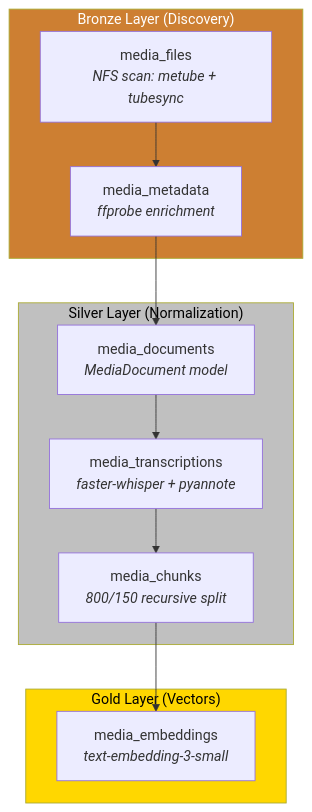
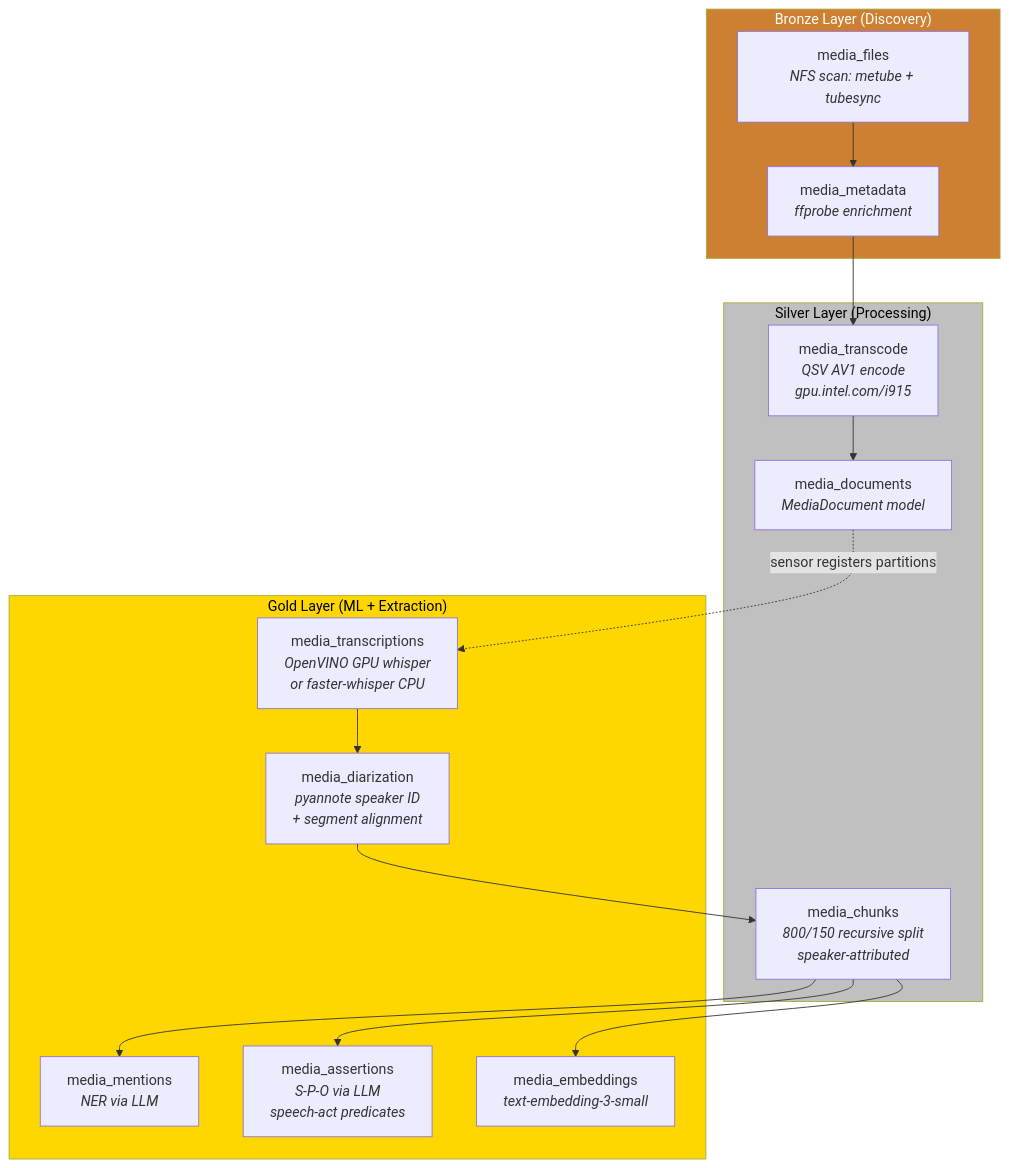
One commit to TheBranchDriftCatalyst/catalyst-data changed the first of 6 diagrams in docs/diagrams/media-ingest-architecture.md. Above: the diagram before and after it, drawn with Mermaid. The commit also changed other lines of this file, not shown here.

Commit message:
docs: update architecture diagrams for 10-asset pipeline with split transcription/diarization

````diff
--- a/docs/diagrams/media-ingest-architecture.md
+++ b/docs/diagrams/media-ingest-architecture.md
@@ -5,23 +5,32 @@
 ```mermaid
 graph TD
     subgraph Bronze["Bronze Layer (Discovery)"]
         MF[media_files<br/><i>NFS scan: metube + tubesync</i>]
         MM[media_metadata<br/><i>ffprobe enrichment</i>]
     end
 
-    subgraph Silver["Silver Layer (Normalization)"]
+    subgraph Silver["Silver Layer (Processing)"]
+        MTC[media_transcode<br/><i>QSV AV1 encode<br/>gpu.intel.com/i915</i>]
         MD[media_documents<br/><i>MediaDocument model</i>]
-        MT[media_transcriptions<br/><i>faster-whisper + pyannote</i>]
-        MC[media_chunks<br/><i>800/150 recursive split</i>]
+        MC[media_chunks<br/><i>800/150 recursive split<br/>speaker-attributed</i>]
     end
 
-    subgraph Gold["Gold Layer (Vectors)"]
+    subgraph Gold["Gold Layer (ML + Extraction)"]
+        MT[media_transcriptions<br/><i>OpenVINO GPU whisper<br/>or faster-whisper CPU</i>]
+        MDIA[media_diarization<br/><i>pyannote speaker ID<br/>+ segment alignment</i>]
+        MME[media_mentions<br/><i>NER via LLM</i>]
+        MA[media_assertions<br/><i>S-P-O via LLM<br/>speech-act predicates</i>]
         ME[media_embeddings<br/><i>text-embedding-3-small</i>]
     end
 
-    MF --> MM --> MD --> MT --> MC --> ME
+    MF --> MM --> MTC --> MD
+    MD -.->|sensor registers partitions| MT
+    MT --> MDIA --> MC
+    MC --> MME
+    MC --> MA
+    MC --> ME
 
     style Bronze fill:#cd7f32,color:#fff
     style Silver fill:#c0c0c0,color:#000
     style Gold fill:#ffd700,color:#000
 ```
````
